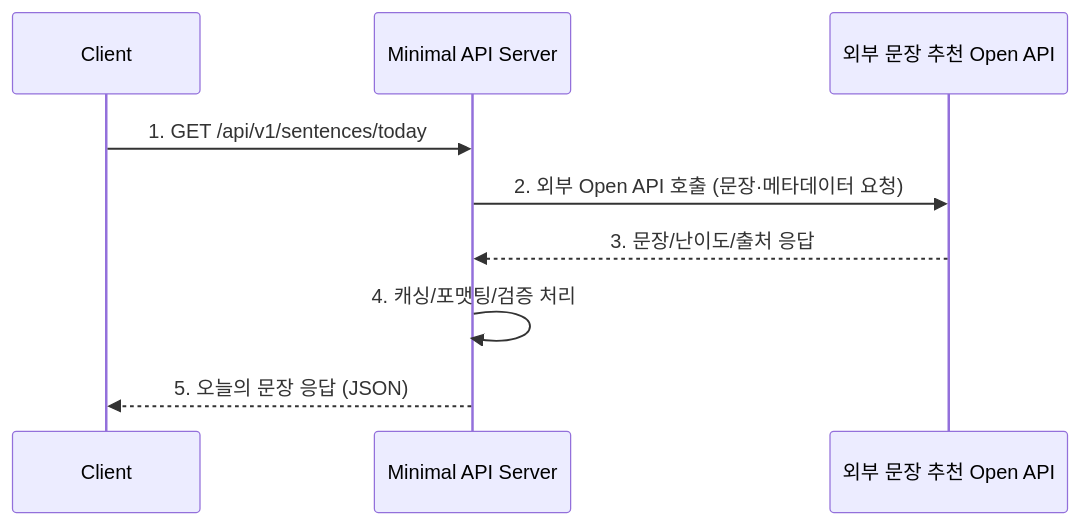
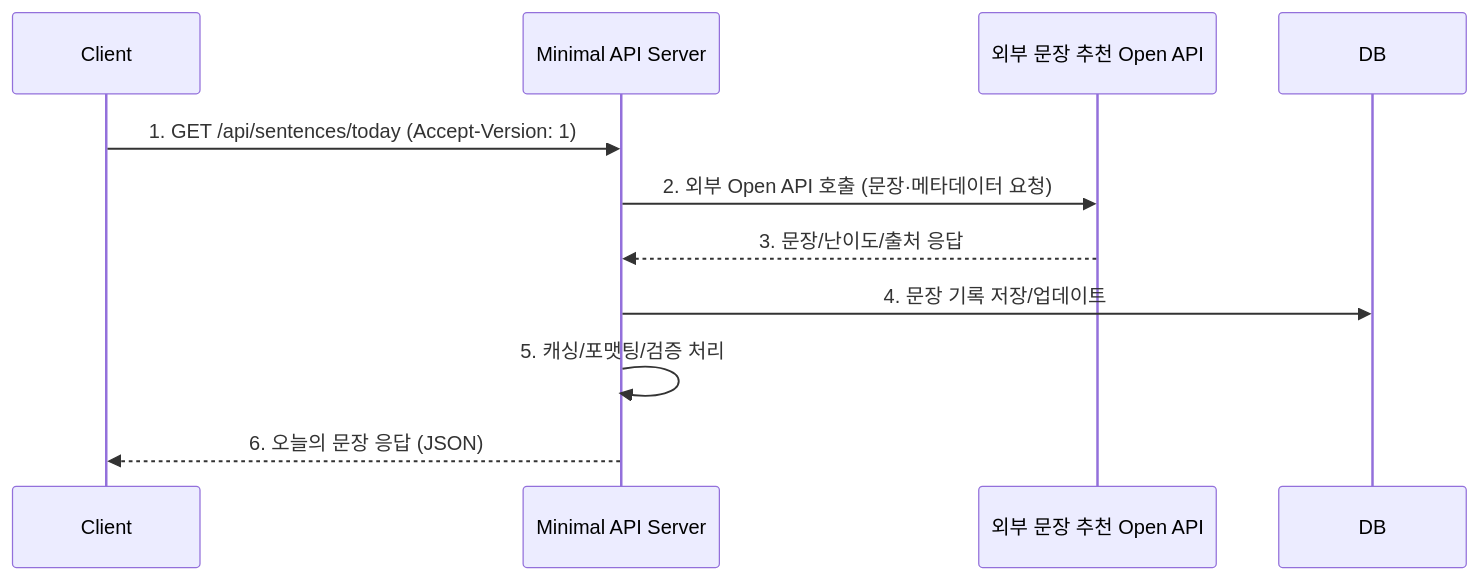
The diagram in docs/API_INITIAL_SPEC.md (p-ej/minimal-project), drawn with Mermaid before and after one commit. The commit also changed other lines of this file and 7 other files, not shown here.

````diff
--- a/docs/API_INITIAL_SPEC.md
+++ b/docs/API_INITIAL_SPEC.md
@@ -6,12 +6,13 @@
 ```mermaid
 sequenceDiagram
     participant Client
     participant Server as Minimal API Server
     participant OpenAPI as 외부 문장 추천 Open API
 
-    Client->>Server: 1. GET /api/v1/sentences/today
+    Client->>Server: 1. GET /api/sentences/today (Accept-Version: 1)
     Server->>OpenAPI: 2. 외부 Open API 호출 (문장·메타데이터 요청)
     OpenAPI-->>Server: 3. 문장/난이도/출처 응답
-    Server->>Server: 4. 캐싱/포맷팅/검증 처리
-    Server-->>Client: 5. 오늘의 문장 응답 (JSON)
+    Server->>DB: 4. 문장 기록 저장/업데이트
+    Server->>Server: 5. 캐싱/포맷팅/검증 처리
+    Server-->>Client: 6. 오늘의 문장 응답 (JSON)
 ```
````
